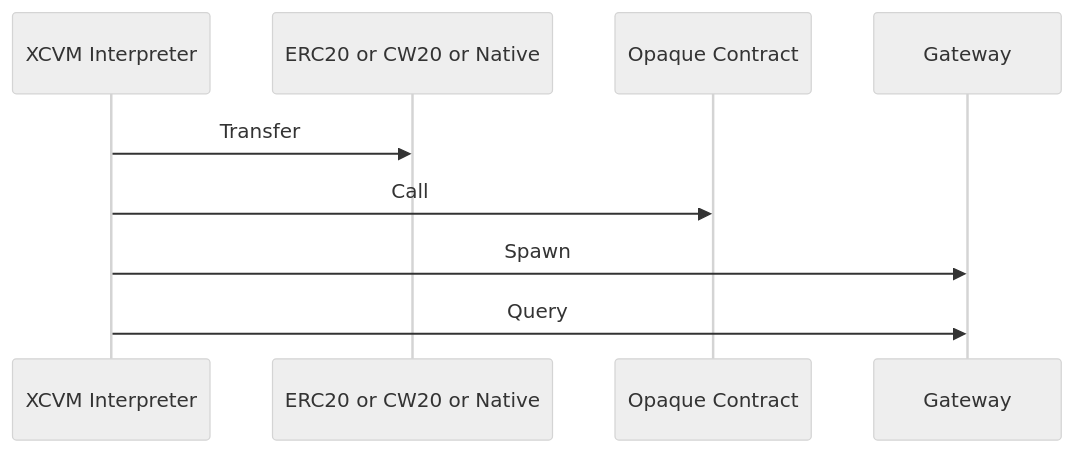
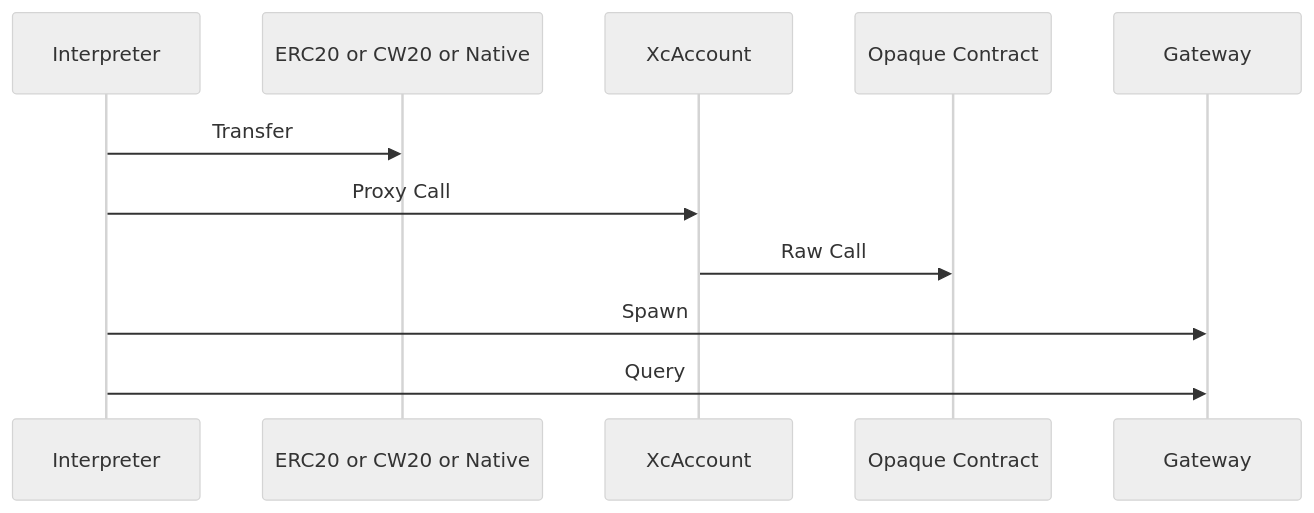
The third of 4 diagrams in code/xcvm/SPEC.md (ComposableFi/composable), drawn with Mermaid (neutral theme) before and after one commit. The commit also changed other lines of this file and 76 other files, not shown here.

````diff
--- a/code/xcvm/SPEC.md
+++ b/code/xcvm/SPEC.md
@@ -277,7 +225,8 @@
 ```mermaid
 sequenceDiagram
-    XCVM Interpreter->>ERC20 or CW20 or Native: Transfer
-    XCVM Interpreter->>Opaque Contract: Call
-    XCVM Interpreter->>Gateway: Spawn
-    XCVM Interpreter->>Gateway: Query
+    Interpreter->>ERC20 or CW20 or Native: Transfer
+    Interpreter->>XcAccount: Proxy Call
+    XcAccount->>Opaque Contract: Raw Call
+    Interpreter->>Gateway: Spawn
+    Interpreter->>Gateway: Query
 ```
````
